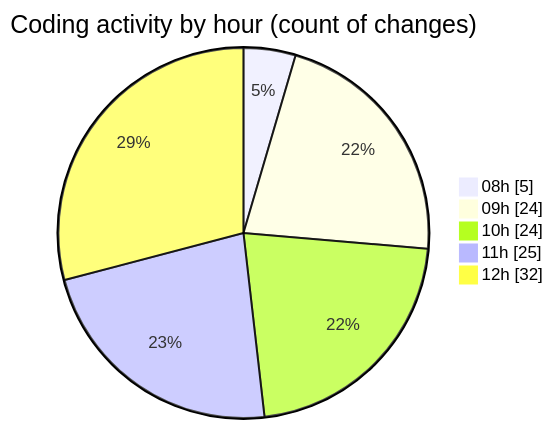
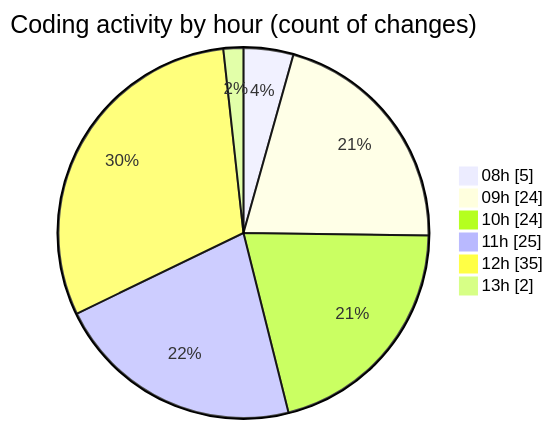
The second of 2 diagrams in 2025-11-24/cda/README.md (momahboobian/code-tracking), drawn with Mermaid before and after one commit. The commit also changed other lines of this file and 1 other file, not shown here.

````diff
--- a/2025-11-24/cda/README.md
+++ b/2025-11-24/cda/README.md
@@ -41,9 +41,10 @@
 ```mermaid
 pie showData
 title Coding activity by hour (count of changes)
 "08h" : 5
 "09h" : 24
 "10h" : 24
 "11h" : 25
-"12h" : 32
+"12h" : 35
+"13h" : 2
 ```
````
